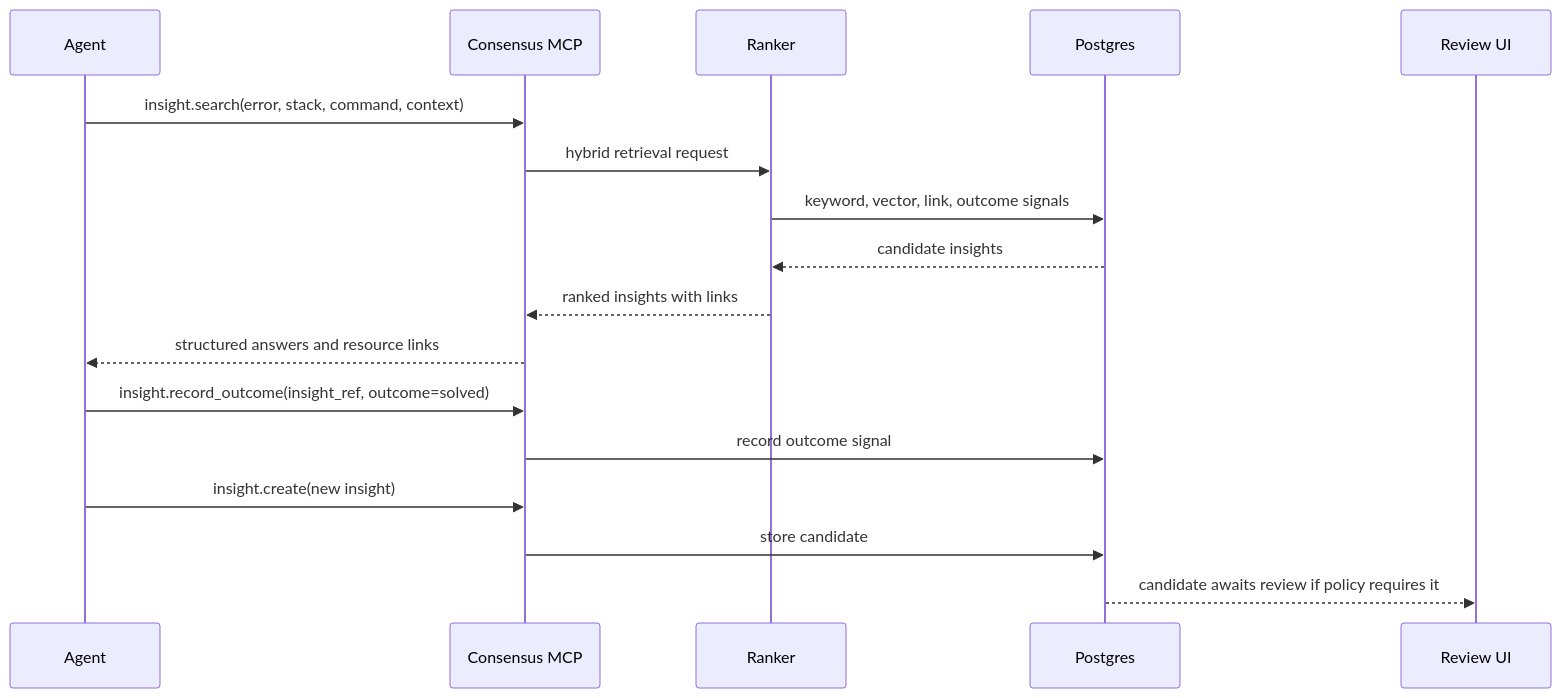
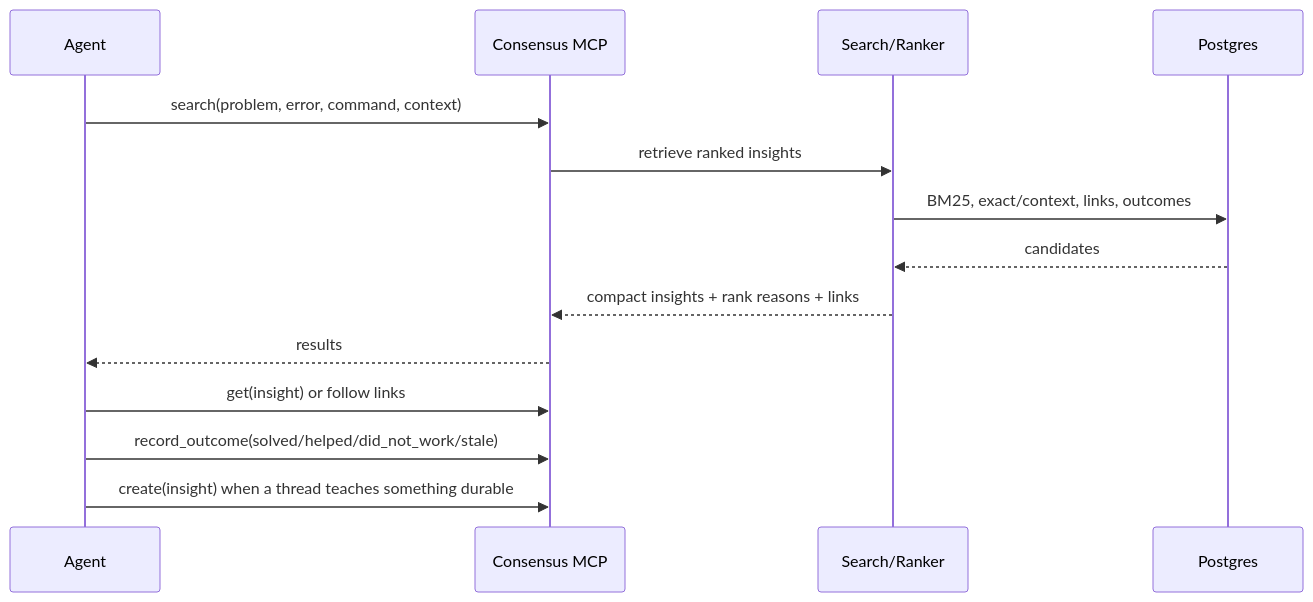
Before and after one commit to loewenthal-corp/consensus: the first of 2 diagrams in README.md, drawn with Mermaid. The commit also changed other lines of this file and 11 other files, not shown here.

````diff
--- a/README.md
+++ b/README.md
@@ -104,22 +55,19 @@
 ```mermaid
 sequenceDiagram
     participant Agent
     participant MCP as Consensus MCP
-    participant Ranker
+    participant Search as Search/Ranker
     participant Store as Postgres
-    participant UI as Review UI
 
-    Agent->>MCP: insight.search(error, stack, command, context)
-    MCP->>Ranker: hybrid retrieval request
-    Ranker->>Store: keyword, vector, link, outcome signals
-    Store-->>Ranker: candidate insights
-    Ranker-->>MCP: ranked insights with links
-    MCP-->>Agent: structured answers and resource links
+    Agent->>MCP: search(problem, error, command, context)
+    MCP->>Search: retrieve ranked insights
+    Search->>Store: BM25, exact/context, links, outcomes
+    Store-->>Search: candidates
+    Search-->>MCP: compact insights + rank reasons + links
+    MCP-->>Agent: results
 
-    Agent->>MCP: insight.record_outcome(insight_ref, outcome=solved)
-    MCP->>Store: record outcome signal
+    Agent->>MCP: get(insight) or follow links
+    Agent->>MCP: record_outcome(solved/helped/did_not_work/stale)
 
-    Agent->>MCP: insight.create(new insight)
-    MCP->>Store: store candidate
-    Store-->>UI: candidate awaits review if policy requires it
+    Agent->>MCP: create(insight) when a thread teaches something durable
 ```
````
